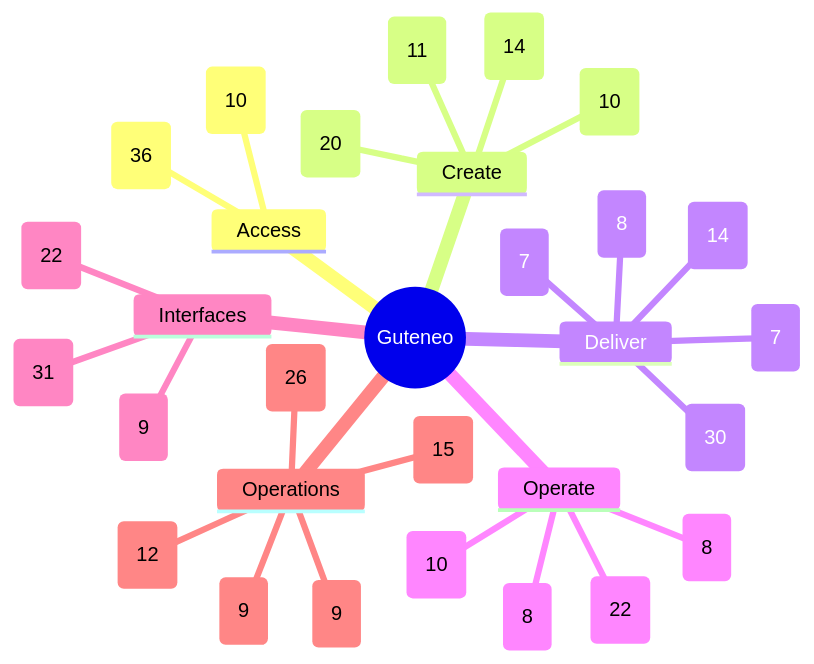
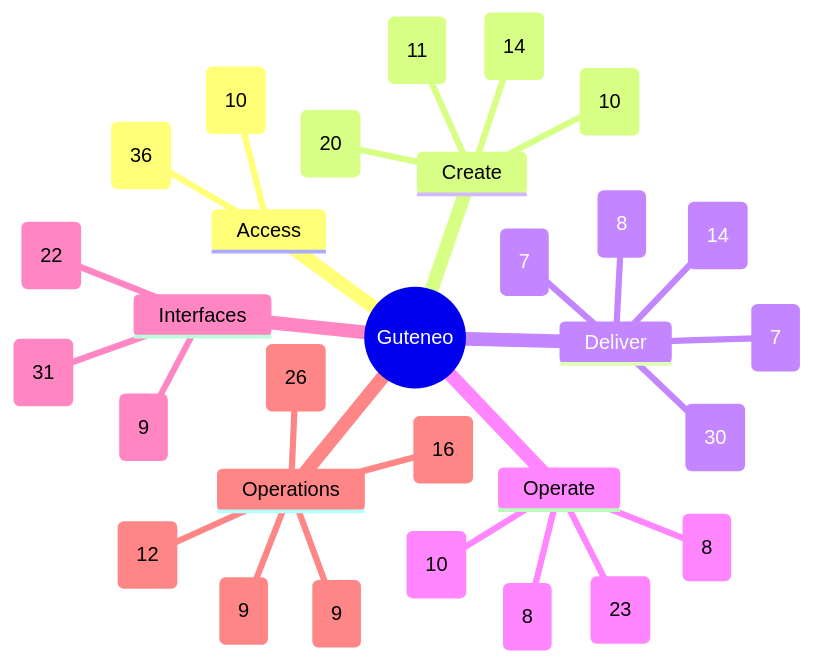
The diagram in docs/FEATURE_MAP.md (nclsppr/guteneo), drawn with Mermaid before and after one commit. The commit also changed other lines of this file and 34 other files, not shown here.

````diff
--- a/docs/FEATURE_MAP.md
+++ b/docs/FEATURE_MAP.md
@@ -13,33 +13,33 @@
 ```mermaid
 mindmap
   root((Guteneo))
     Access
       Access and identity (36)
       Team and responsibilities (10)
     Create
       Documents and protection (20)
       Template studio (14)
       Data and mappings (10)
       PDF generation and distribution (11)
     Deliver
       Fax (7)
       Postal mail (8)
       Email and protected links (14)
       Sensitive distribution and personal documents (30)
       Dispatch dry run (7)
     Operate
       Campaigns and tracking (8)
       Credits and billing (8)
-      Workspace layout and browser appearance (22)
+      Workspace layout and browser appearance (23)
       PDF verification (10)
     Interfaces
       Assistants and API (31)
       iPhone and iPad (9)
       Public pages, languages and appearance (22)
     Operations
       Reviewer OAuth qualification (9)
       Operations and reliability (26)
       Belvédère platform oversight (9)
-      Public service status (15)
+      Public service status (16)
       Engineering documentation (12)
 ```
````
